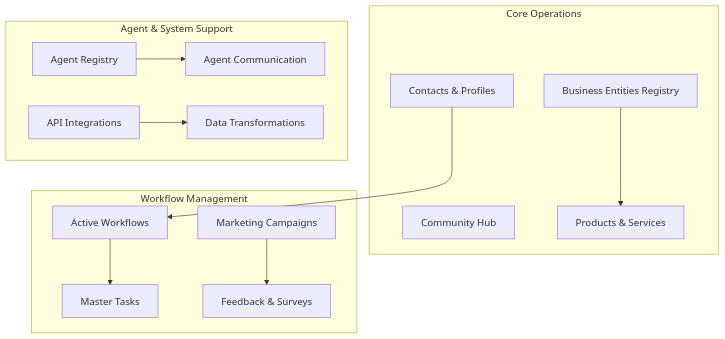
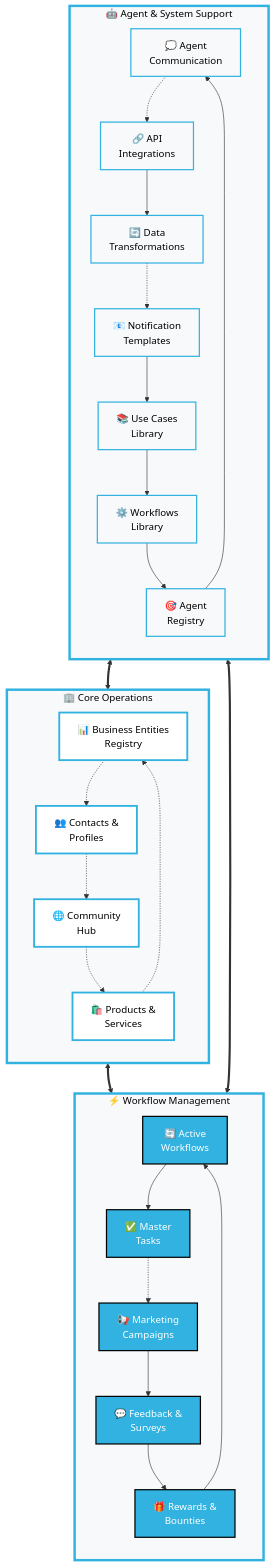
Before and after one commit to Utak-West/The-HigherSelf-Network-Server: the first of 5 diagrams in README.md, drawn with Mermaid. The commit also changed other lines of this file, not shown here.

````diff
--- a/README.md
+++ b/README.md
@@ -184,30 +175,66 @@
 ```mermaid
 graph TB
-    subgraph "Core Operations"
-        BE[Business Entities Registry]
-        CP[Contacts & Profiles]
-        CH[Community Hub]
-        PS[Products & Services]
+    subgraph CO ["🏢 Core Operations"]
+        direction TB
+        BE["📊 Business Entities<br/>Registry"]
+        CP["👥 Contacts &<br/>Profiles"]
+        CH["🌐 Community<br/>Hub"]
+        PS["🛍️ Products &<br/>Services"]
+
+        BE -.-> CP
+        CP -.-> CH
+        CH -.-> PS
+        PS -.-> BE
     end
 
-    subgraph "Workflow Management"
-        AW[Active Workflows]
-        MC[Marketing Campaigns]
-        MT[Master Tasks]
-        FS[Feedback & Surveys]
+    subgraph WM ["⚡ Workflow Management"]
+        direction TB
+        AW["🔄 Active<br/>Workflows"]
+        MC["📢 Marketing<br/>Campaigns"]
+        MT["✅ Master<br/>Tasks"]
+        FS["💬 Feedback &<br/>Surveys"]
+        RB["🎁 Rewards &<br/>Bounties"]
+
+        AW --> MT
+        MC --> FS
+        FS --> RB
+        RB --> AW
+        MT -.-> MC
     end
 
-    subgraph "Agent & System Support"
-        AC[Agent Communication]
-        AR[Agent Registry]
-        AI[API Integrations]
-        DT[Data Transformations]
+    subgraph AS ["🤖 Agent & System Support"]
+        direction TB
+        AC["💭 Agent<br/>Communication"]
+        AR["🎯 Agent<br/>Registry"]
+        AI["🔗 API<br/>Integrations"]
+        DT["🔄 Data<br/>Transformations"]
+        NT["📧 Notification<br/>Templates"]
+        UC["📚 Use Cases<br/>Library"]
+        WL["⚙️ Workflows<br/>Library"]
+
+        AR --> AC
+        AI --> DT
+        NT --> UC
+        UC --> WL
+        WL --> AR
+        AC -.-> AI
+        DT -.-> NT
     end
 
-    BE --> PS
-    CP --> AW
-    AW --> MT
-    MC --> FS
-    AR --> AC
-    AI --> DT
+    %% Cross-group connections
+    CO <==> WM
+    WM <==> AS
+    AS <==> CO
+
+    %% HigherSelf Brand Styling
+    classDef coreOps fill:#FFFFFF,stroke:#31B2E0,stroke-width:3px,color:#000000
+    classDef workflow fill:#31B2E0,stroke:#000000,stroke-width:2px,color:#FFFFFF
+    classDef agent fill:#F8F9FA,stroke:#31B2E0,stroke-width:2px,color:#000000
+    classDef groupStyle fill:#F8F9FA,stroke:#31B2E0,stroke-width:4px,color:#000000
+    classDef primaryHighlight fill:#31B2E0,stroke:#000000,stroke-width:3px,color:#FFFFFF
+
+    class BE,CP,CH,PS coreOps
+    class AW,MC,MT,FS,RB workflow
+    class AC,AR,AI,DT,NT,UC,WL agent
+    class CO,WM,AS groupStyle
 ```
````
